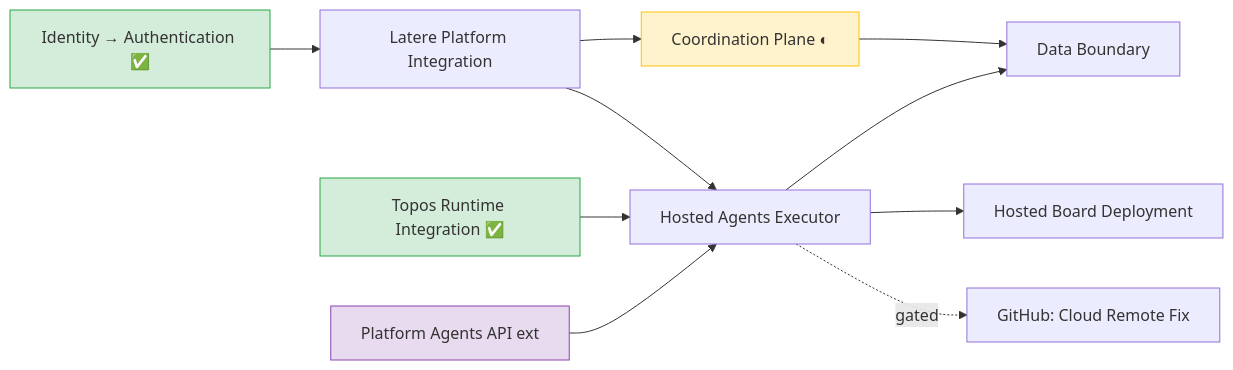
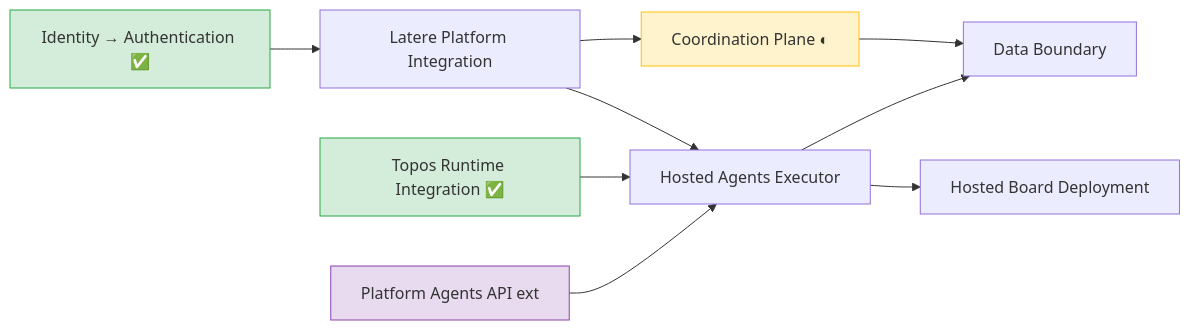
One commit to changkun/wallfacer changed the third of 3 diagrams in specs/README.md. Above: the diagram before and after it, drawn with Mermaid. The commit also changed other lines of this file, not shown here.

````diff
--- a/specs/README.md
+++ b/specs/README.md
@@ -325,17 +350,16 @@
 ```mermaid
 graph LR
   AUTH[Identity → Authentication ✅] --> LI[Latere Platform Integration]
   LI --> CP[Coordination Plane ◐]
   LI --> HE[Hosted Agents Executor]
   TRI[Topos Runtime Integration ✅] --> HE
   AG[Platform Agents API ext] --> HE
   HE --> HB[Hosted Board Deployment]
-  HE -.gated.-> CRF[GitHub: Cloud Remote Fix]
   CP --> DB[Data Boundary]
   HE --> DB
 
   style AUTH fill:#d4edda,stroke:#28a745
   style TRI fill:#d4edda,stroke:#28a745
   style CP fill:#fff3cd,stroke:#ffc107
   style AG fill:#e8daef,stroke:#8e44ad
 ```
````
